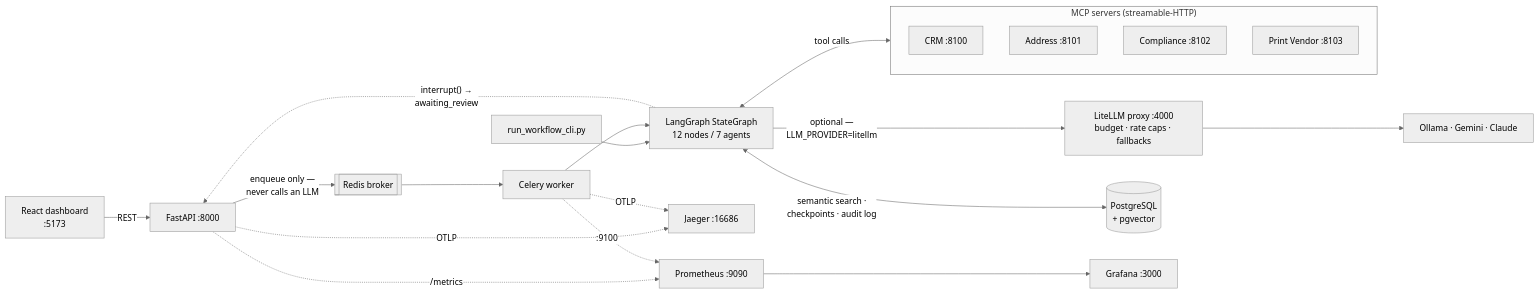
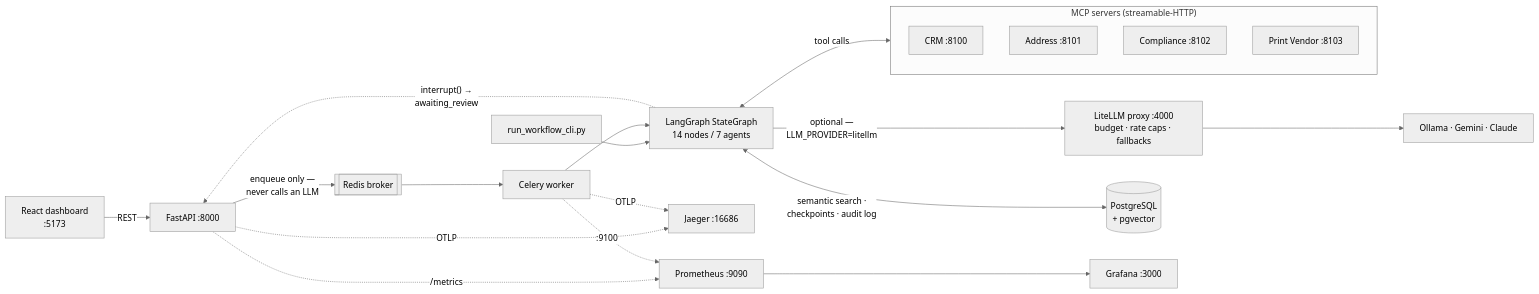
Before and after one commit to umeshkedimi/prf-ai-pipeline: the diagram in README.md, drawn with Mermaid (neutral theme). The commit also changed other lines of this file, not shown here.

Commit message:
Fix node counts (14 nodes) and document the eligibility guard

````diff
--- a/README.md
+++ b/README.md
@@ -61,28 +61,28 @@
 ```mermaid
 flowchart LR
   UI["React dashboard<br/>:5173"] -->|REST| API["FastAPI :8000"]
-  CLI["run_workflow_cli.py"] --> GRAPH["LangGraph StateGraph<br/>12 nodes / 7 agents"]
+  CLI["run_workflow_cli.py"] --> GRAPH["LangGraph StateGraph<br/>14 nodes / 7 agents"]
 
   API -->|"enqueue only —<br/>never calls an LLM"| Q[["Redis broker"]]
   Q --> W["Celery worker"]
   W --> GRAPH
 
   subgraph MCP["MCP servers (streamable-HTTP)"]
     CRM["CRM :8100"]
     ADDR["Address :8101"]
     COMP["Compliance :8102"]
     PV["Print Vendor :8103"]
   end
 
   GRAPH <-->|"tool calls"| MCP
   GRAPH -->|"optional —<br/>LLM_PROVIDER=litellm"| LLM["LiteLLM proxy :4000<br/>budget · rate caps · fallbacks"]
   LLM --> VENDOR["Ollama · Gemini · Claude"]
   GRAPH <-->|"semantic search ·<br/>checkpoints · audit log"| PG[("PostgreSQL<br/>+ pgvector")]
   GRAPH -.->|"interrupt() →<br/>awaiting_review"| API
 
   API -.->|OTLP| J["Jaeger :16686"]
   W -.->|OTLP| J
   API -.->|"/metrics"| PROM["Prometheus :9090"]
   W -.->|":9100"| PROM
   PROM --> G["Grafana :3000"]
 ```
````
